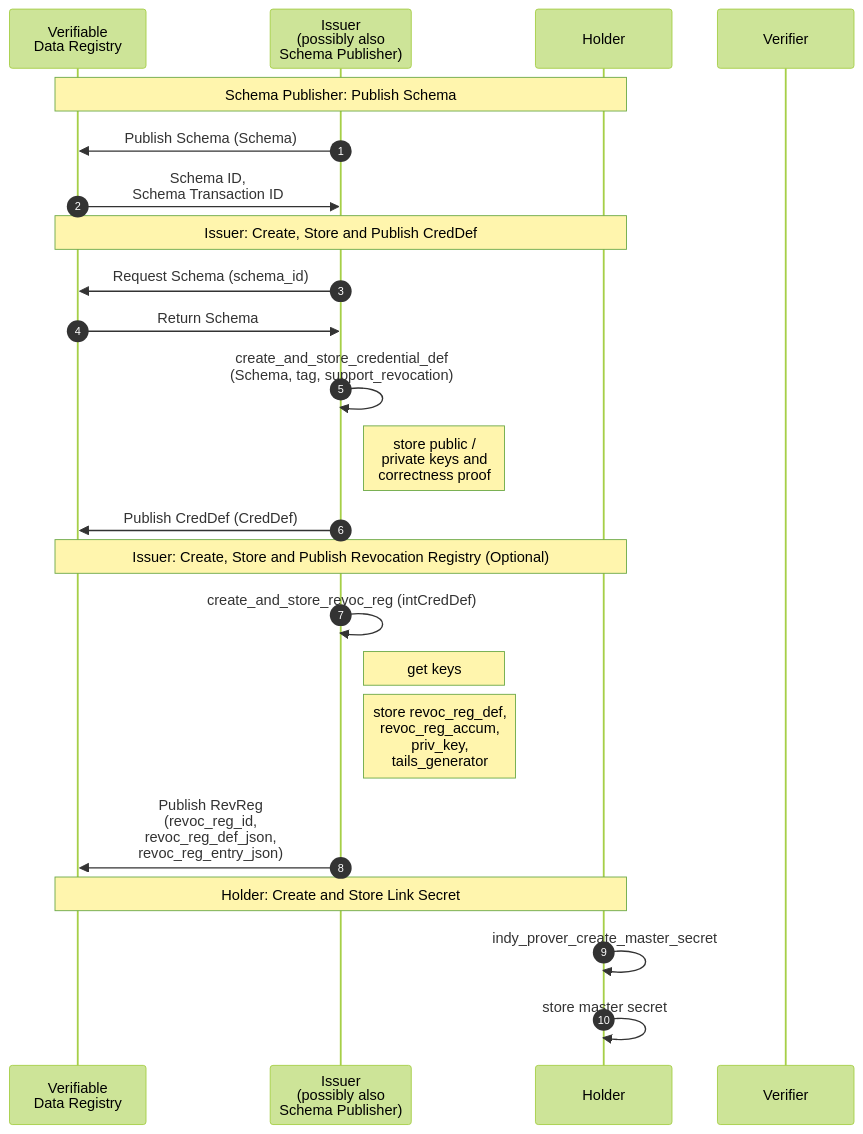
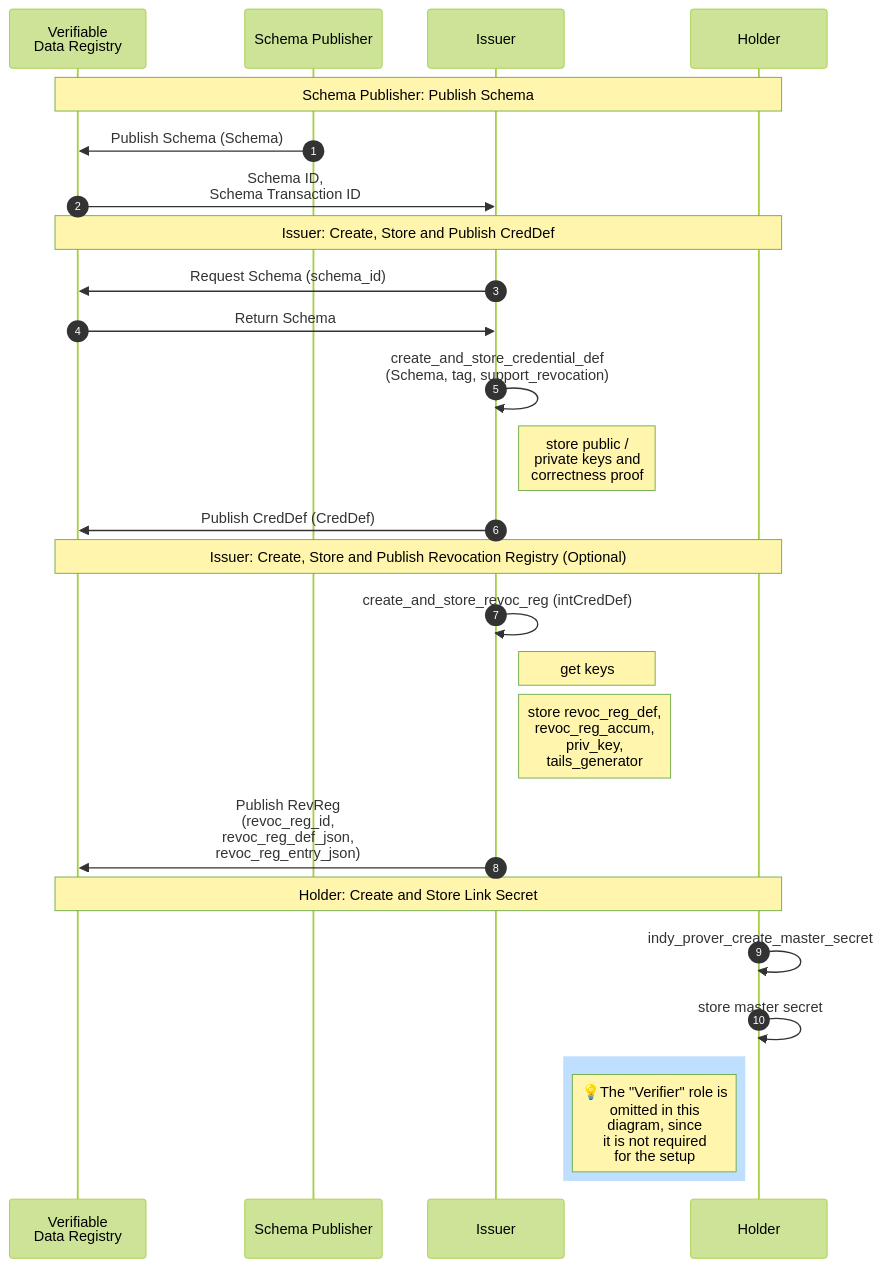
The second of 2 diagrams in spec/data_flow_setup.md (hyperledger/anoncreds-spec), drawn with Mermaid (forest theme) before and after one commit. The commit also changed other lines of this file and 2 other files, not shown here.

Commit message:
Added Schema Publisher again. Added note for verifier not used in diagram

````diff
--- a/spec/data_flow_setup.md
+++ b/spec/data_flow_setup.md
@@ -34,33 +35,36 @@
 ```mermaid
 sequenceDiagram
     autonumber
     participant L as Verifiable<br>Data Registry
-    participant I as Issuer<br>(possibly also<br>Schema Publisher)
+    participant SP as Schema Publisher
+    participant I as Issuer
     participant H as Holder   
-    participant V as Verifier 
     
     Note over L, H: Schema Publisher: Publish Schema
     
-    I ->> L: Publish Schema (Schema)
+    SP ->> L: Publish Schema (Schema)
     L ->> I: Schema ID,<br>Schema Transaction ID
         
     Note over L, H: Issuer: Create, Store and Publish CredDef
    
     I ->> L: Request Schema (schema_id)
     L ->> I: Return Schema
     I ->> I: create_and_store_credential_def<br>(Schema, tag, support_revocation)
     Note right of I:   store public / <br> private keys and<br>correctness proof    
     I ->> L: Publish CredDef (CredDef)
 
     Note over L, H: Issuer: Create, Store and Publish Revocation Registry (Optional)
     
     I ->> I: create_and_store_revoc_reg (intCredDef)
     Note right of I: get keys
     Note right of I: store revoc_reg_def,<br>revoc_reg_accum,<br>priv_key,<br>tails_generator
     I ->> L: Publish RevReg <br>(revoc_reg_id,<br>revoc_reg_def_json,<br>revoc_reg_entry_json)
     
     Note over L, H: Holder: Create and Store Link Secret
     
     H ->> H: indy_prover_create_master_secret
     H ->> H: store master secret
+    rect rgb(191, 223, 255)
+      Note left of H: 💡The "Verifier" role is<br>omitted in this<br>diagram, since<br>it is not required<br>for the setup
+    end
 ```
````
